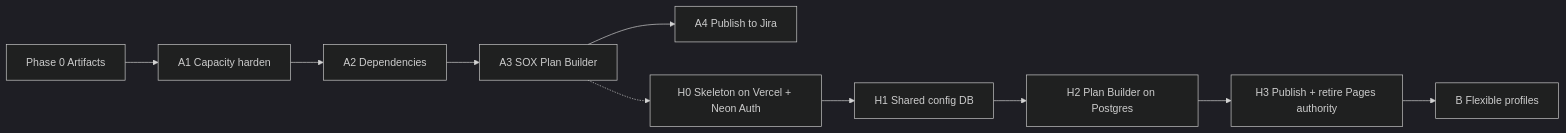
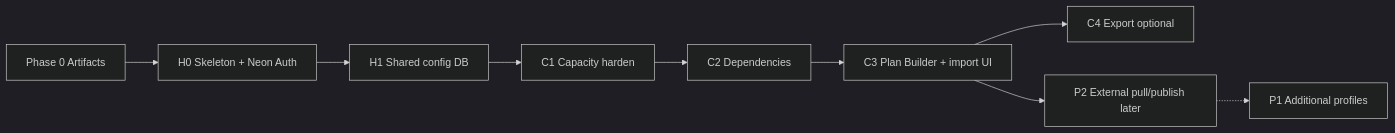
Before and after one commit to inaayat/one-more-column: the diagram in BUILD_PLAN.md, drawn with Mermaid (dark theme). The commit also changed other lines of this file and 1 other file, not shown here.

Commit message:
generalizing plan details and incorporating excel import ability

````diff
--- a/BUILD_PLAN.md
+++ b/BUILD_PLAN.md
@@ -25,12 +27,11 @@
 ```mermaid
 flowchart LR
-  P0[Phase 0 Artifacts] --> A1[A1 Capacity harden]
-  A1 --> A2[A2 Dependencies]
-  A2 --> A3[A3 SOX Plan Builder]
-  A3 --> A4[A4 Publish to Jira]
-  A3 -.-> H0[H0 Skeleton on Vercel + Neon Auth]
+  P0[Phase 0 Artifacts] --> H0[H0 Skeleton + Neon Auth]
   H0 --> H1[H1 Shared config DB]
-  H1 --> H2[H2 Plan Builder on Postgres]
-  H2 --> H3[H3 Publish + retire Pages authority]
-  H3 --> B1[B Flexible profiles]
+  H1 --> C1[C1 Capacity harden]
+  C1 --> C2[C2 Dependencies]
+  C2 --> C3[C3 Plan Builder + import UI]
+  C3 --> C4[C4 Export optional]
+  C3 --> P2[P2 External pull/publish later]
+  P2 -.-> P1[P1 Additional profiles]
 ```
````
